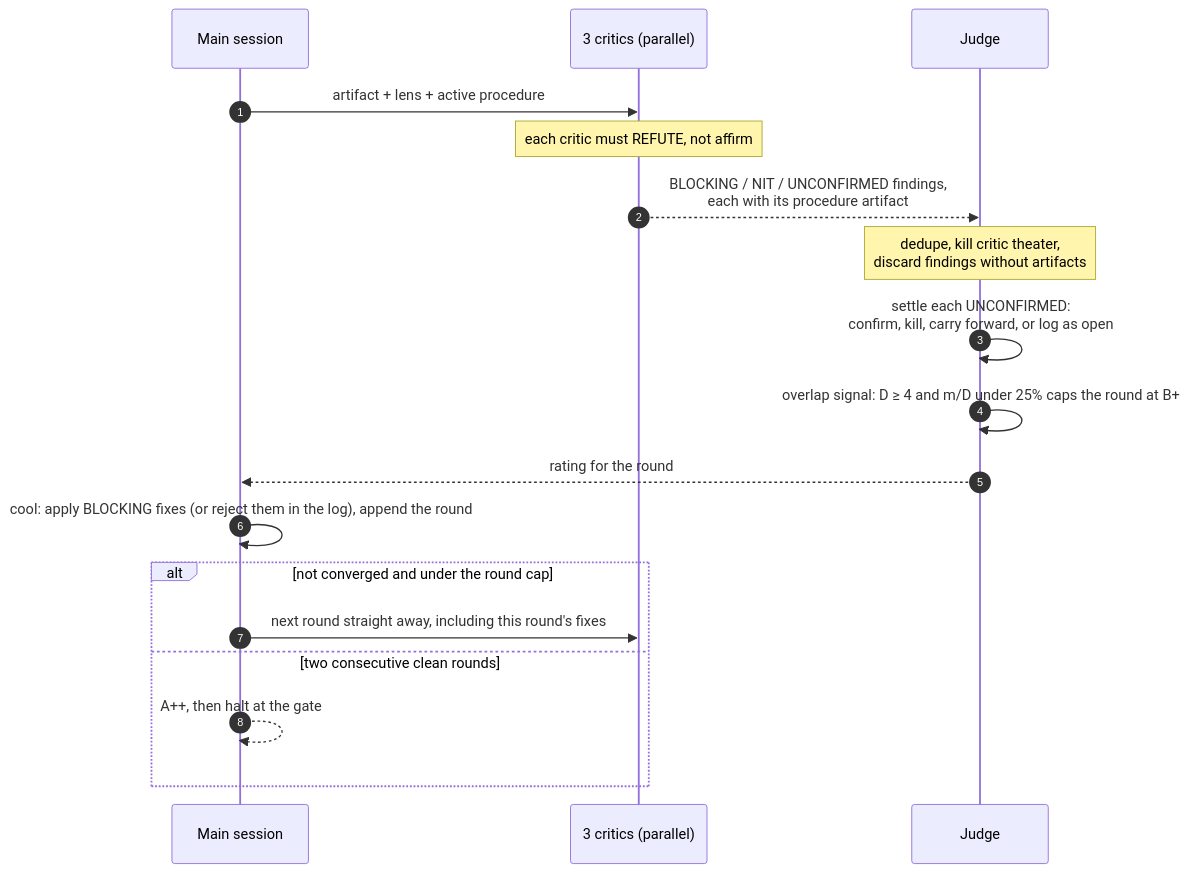
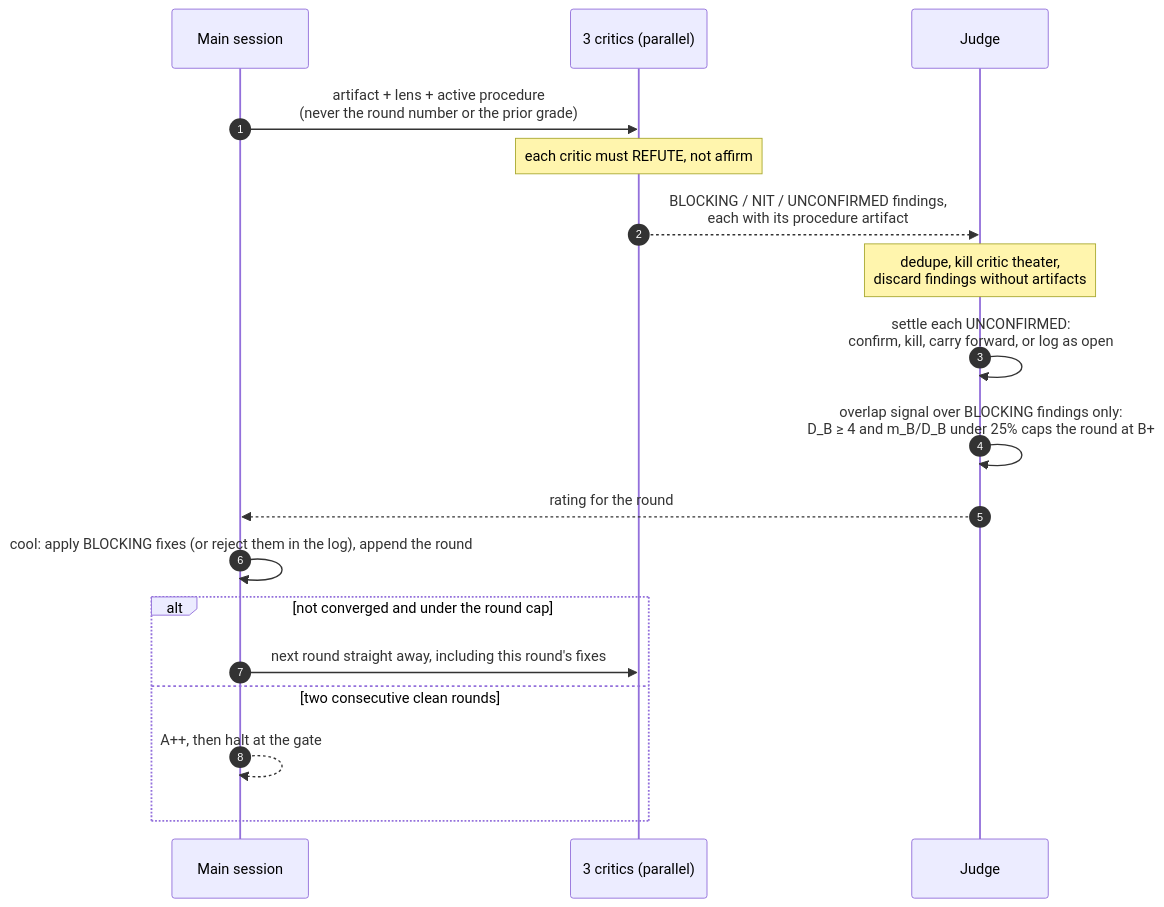
The third of 7 diagrams in docs/architecture.md (forkrul/damascus_development), drawn with Mermaid before and after one commit. The commit also changed other lines of this file and 44 other files, not shown here.

````diff
--- a/docs/architecture.md
+++ b/docs/architecture.md
@@ -61,20 +61,20 @@
 ```mermaid
 sequenceDiagram
     autonumber
     participant M as Main session
     participant C as 3 critics (parallel)
     participant J as Judge
-    M->>C: artifact + lens + active procedure
+    M->>C: artifact + lens + active procedure<br/>(never the round number or the prior grade)
     Note over C: each critic must REFUTE, not affirm
     C-->>J: BLOCKING / NIT / UNCONFIRMED findings,<br/>each with its procedure artifact
     Note over J: dedupe, kill critic theater,<br/>discard findings without artifacts
     J->>J: settle each UNCONFIRMED:<br/>confirm, kill, carry forward, or log as open
-    J->>J: overlap signal: D ≥ 4 and m/D under 25% caps the round at B+
+    J->>J: overlap signal over BLOCKING findings only:<br/>D_B ≥ 4 and m_B/D_B under 25% caps the round at B+
     J-->>M: rating for the round
     M->>M: cool: apply BLOCKING fixes (or reject them in the log), append the round
     alt not converged and under the round cap
         M->>C: next round straight away, including this round's fixes
     else two consecutive clean rounds
         M-->>M: A++, then halt at the gate
     end
 ```
````
